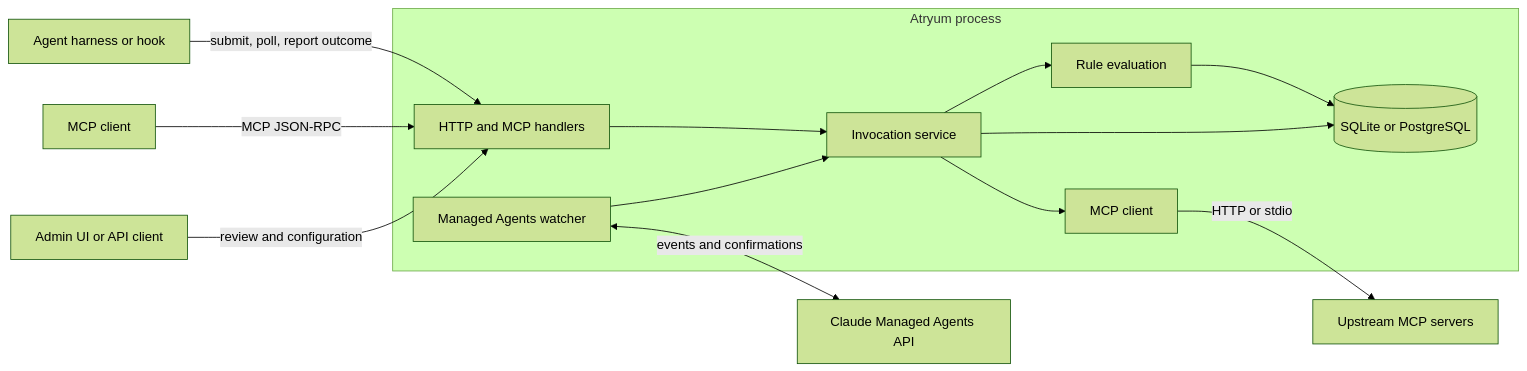
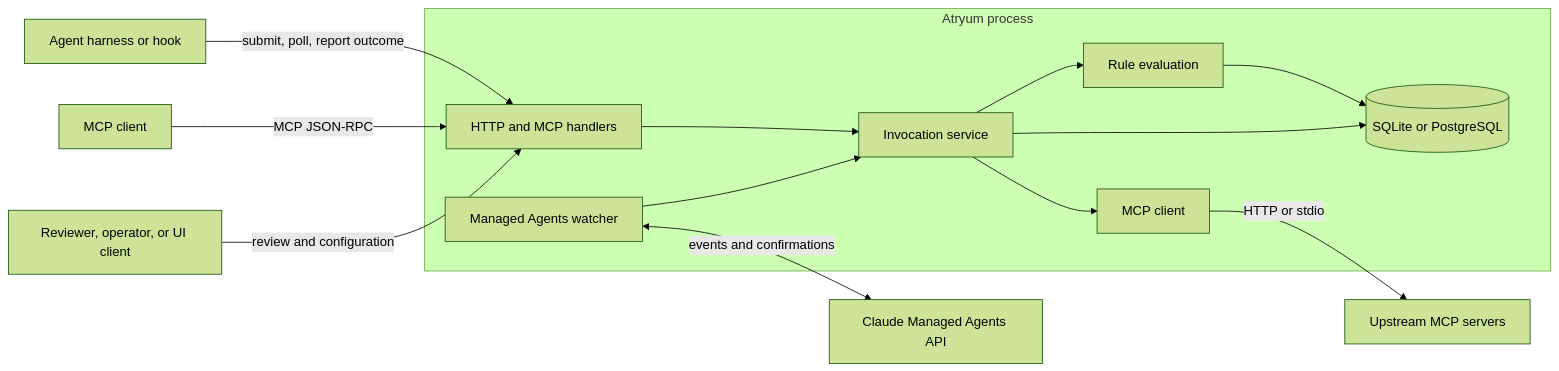
One commit to validmind/atryum changed the first of 5 diagrams in docs/architecture.md. Above: the diagram before and after it, drawn with Mermaid (forest theme). The commit also changed other lines of this file and 14 other files, not shown here.

````diff
--- a/docs/architecture.md
+++ b/docs/architecture.md
@@ -13,28 +13,28 @@
 ```mermaid
 flowchart LR
     Hook[Agent harness or hook]
     MCP[MCP client]
     Claude[Claude Managed Agents API]
-    Admin[Admin UI or API client]
+    Operator[Reviewer, operator, or UI client]
 
     subgraph Atryum[Atryum process]
         API[HTTP and MCP handlers]
         Watcher[Managed Agents watcher]
         Service[Invocation service]
         Rules[Rule evaluation]
         Store[(SQLite or PostgreSQL)]
         Upstream[MCP client]
     end
 
     Hook -->|submit, poll, report outcome| API
     MCP -->|MCP JSON-RPC| API
-    Admin -->|review and configuration| API
+    Operator -->|review and configuration| API
     Watcher <-->|events and confirmations| Claude
     API --> Service
     Watcher --> Service
     Service --> Rules
     Rules --> Store
     Service --> Store
     Service --> Upstream
     Upstream -->|HTTP or stdio| Tools[Upstream MCP servers]
 ```
````
